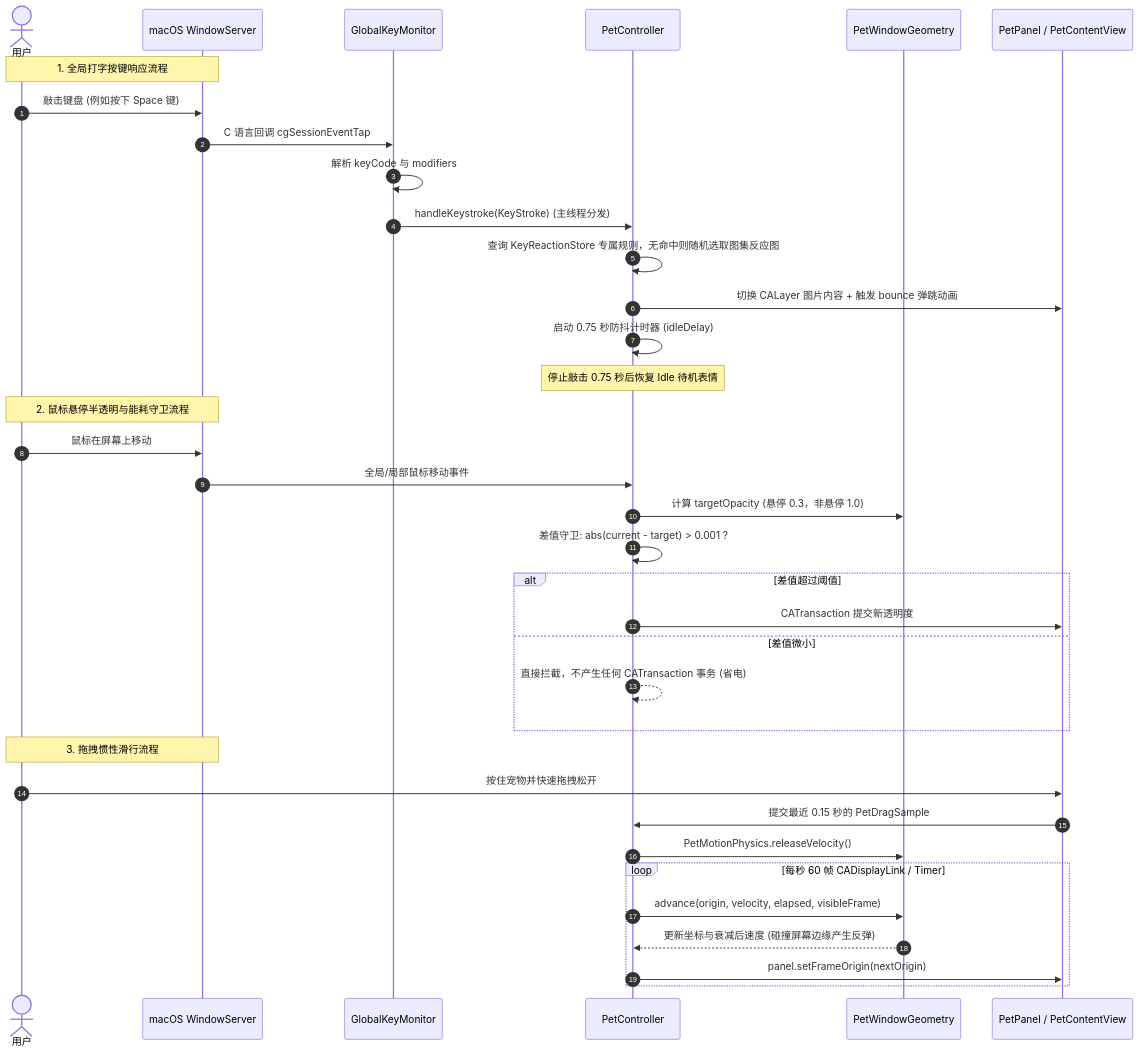
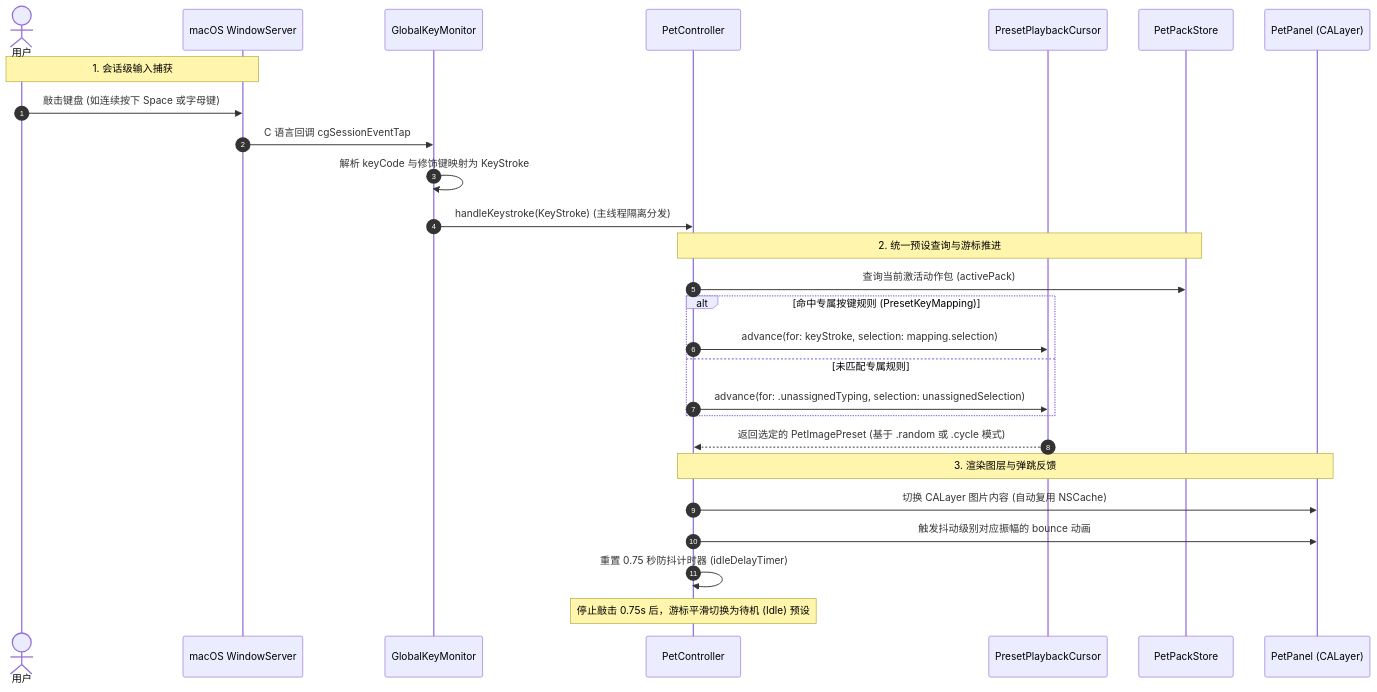
Before and after one commit to HuihuiDreams/TypingPetMac: the second of 4 diagrams in docs/architecture.md, drawn with Mermaid. The commit also changed other lines of this file and 2 other files, not shown here.

Commit message:
docs: update threat model and architecture documentation for v0.19.1 release

````diff
--- a/docs/architecture.md
+++ b/docs/architecture.md
@@ -139,41 +222,33 @@
 ```mermaid
 sequenceDiagram
     autonumber
     actor User as 用户
     participant OS as macOS WindowServer
     participant KeyMon as GlobalKeyMonitor
     participant Ctrl as PetController
-    participant Physics as PetWindowGeometry
-    participant Panel as PetPanel / PetContentView
+    participant Cursor as PresetPlaybackCursor
+    participant Pack as PetPackStore
+    participant Panel as PetPanel (CALayer)
 
-    Note over User, OS: 1. 全局打字按键响应流程
-    User->>OS: 敲击键盘 (例如按下 Space 键)
+    Note over User, OS: 1. 会话级输入捕获
+    User->>OS: 敲击键盘 (如连续按下 Space 或字母键)
     OS->>KeyMon: C 语言回调 cgSessionEventTap
-    KeyMon->>KeyMon: 解析 keyCode 与 modifiers
-    KeyMon->>Ctrl: handleKeystroke(KeyStroke) (主线程分发)
-    Ctrl->>Ctrl: 查询 KeyReactionStore 专属规则，无命中则随机选取图集反应图
-    Ctrl->>Panel: 切换 CALayer 图片内容 + 触发 bounce 弹跳动画
-    Ctrl->>Ctrl: 启动 0.75 秒防抖计时器 (idleDelay)
-    Note over Ctrl: 停止敲击 0.75 秒后恢复 Idle 待机表情
-
-    Note over User, OS: 2. 鼠标悬停半透明与能耗守卫流程
-    User->>OS: 鼠标在屏幕上移动
-    OS->>Ctrl: 全局/局部鼠标移动事件
-    Ctrl->>Physics: 计算 targetOpacity (悬停 0.3，非悬停 1.0)
-    Ctrl->>Ctrl: 差值守卫: abs(current - target) > 0.001 ?
-    alt 差值超过阈值
-        Ctrl->>Panel: CATransaction 提交新透明度
-    else 差值微小
-        Ctrl-->>Ctrl: 直接拦截，不产生任何 CATransaction 事务 (省电)
+    KeyMon->>KeyMon: 解析 keyCode 与修饰键映射为 KeyStroke
+    KeyMon->>Ctrl: handleKeystroke(KeyStroke) (主线程隔离分发)
+    
+    Note over Ctrl, Pack: 2. 统一预设查询与游标推进
+    Ctrl->>Pack: 查询当前激活动作包 (activePack)
+    alt 命中专属按键规则 (PresetKeyMapping)
+        Ctrl->>Cursor: advance(for: keyStroke, selection: mapping.selection)
+    else 未匹配专属规则
+        Ctrl->>Cursor: advance(for: .unassignedTyping, selection: unassignedSelection)
     end
-
-    Note over User, OS: 3. 拖拽惯性滑行流程
-    User->>Panel: 按住宠物并快速拖拽松开
-    Panel->>Ctrl: 提交最近 0.15 秒的 PetDragSample
-    Ctrl->>Physics: PetMotionPhysics.releaseVelocity()
-    loop 每秒 60 帧 CADisplayLink / Timer
-        Ctrl->>Physics: advance(origin, velocity, elapsed, visibleFrame)
-        Physics-->>Ctrl: 更新坐标与衰减后速度 (碰撞屏幕边缘产生反弹)
-        Ctrl->>Panel: panel.setFrameOrigin(nextOrigin)
-    end
+    Cursor-->>Ctrl: 返回选定的 PetImagePreset (基于 .random 或 .cycle 模式)
+    
+    Note over Ctrl, Panel: 3. 渲染图层与弹跳反馈
+    Ctrl->>Panel: 切换 CALayer 图片内容 (自动复用 NSCache)
+    Ctrl->>Panel: 触发抖动级别对应振幅的 bounce 动画
+    Ctrl->>Ctrl: 重置 0.75 秒防抖计时器 (idleDelayTimer)
+    
+    Note over Ctrl: 停止敲击 0.75s 后，游标平滑切换为待机 (Idle) 预设
 ```
````
